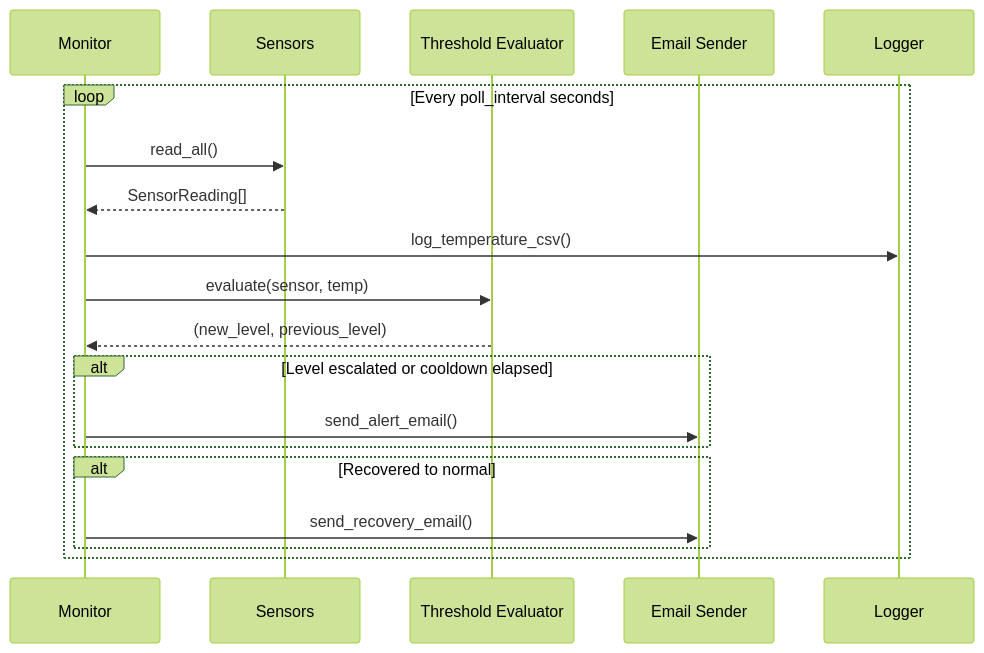
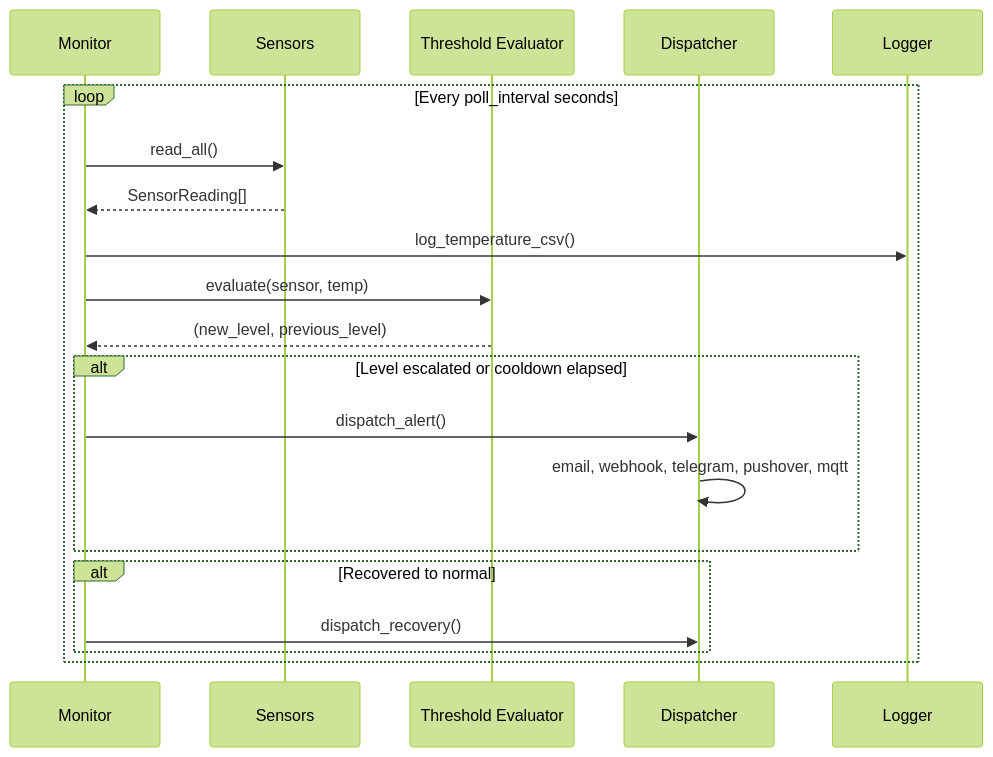
The second of 3 diagrams in README.md (disappointingsupernova/pimon), drawn with Mermaid (forest theme) before and after one commit. The commit also changed other lines of this file, not shown here.

````diff
--- a/README.md
+++ b/README.md
@@ -39,22 +57,23 @@
 ```mermaid
 sequenceDiagram
     participant M as Monitor
     participant S as Sensors
     participant T as Threshold Evaluator
-    participant E as Email Sender
+    participant D as Dispatcher
     participant L as Logger
 
     loop Every poll_interval seconds
         M->>S: read_all()
         S-->>M: SensorReading[]
         M->>L: log_temperature_csv()
         M->>T: evaluate(sensor, temp)
         T-->>M: (new_level, previous_level)
         alt Level escalated or cooldown elapsed
-            M->>E: send_alert_email()
+            M->>D: dispatch_alert()
+            D->>D: email, webhook, telegram, pushover, mqtt
         end
         alt Recovered to normal
-            M->>E: send_recovery_email()
+            M->>D: dispatch_recovery()
         end
     end
 ```
````
